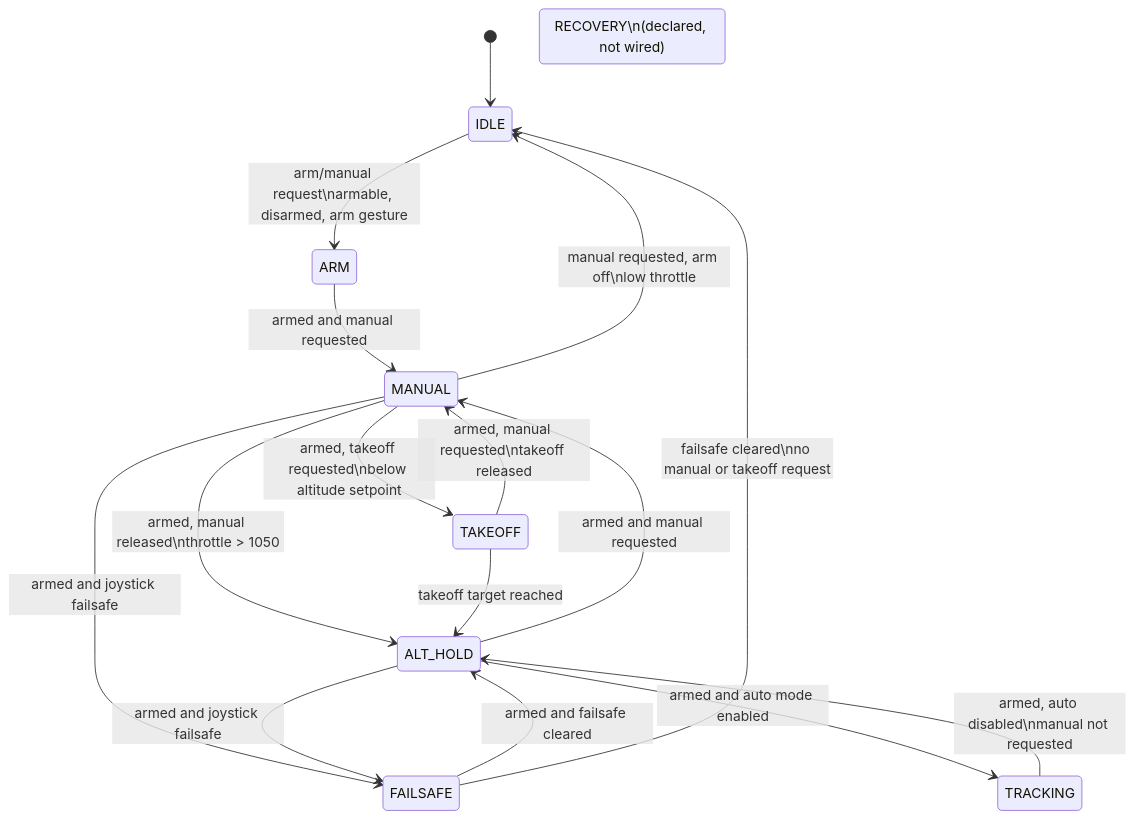
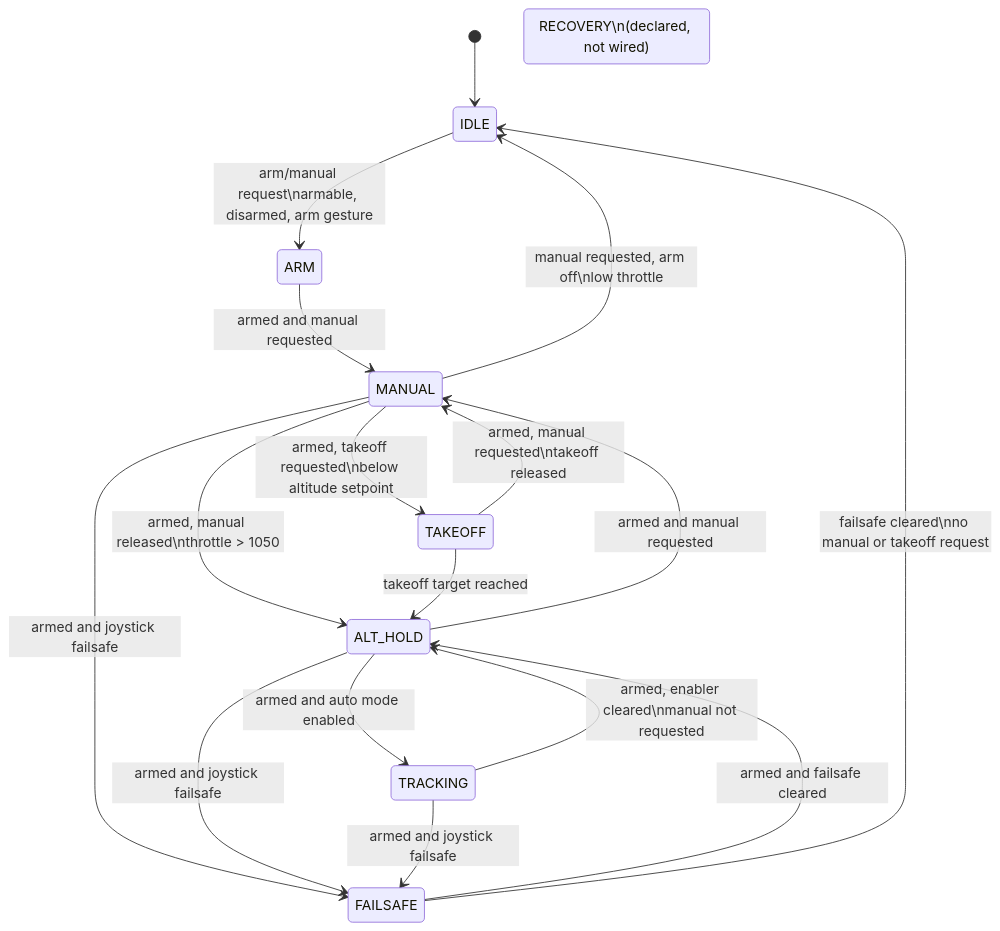
Before and after one commit to mayaboker/bt_ws: the diagram in bt_app/docs/application_state_machine.md, drawn with Mermaid. The commit also changed other lines of this file and 20 other files, not shown here.

````diff
--- a/bt_app/docs/application_state_machine.md
+++ b/bt_app/docs/application_state_machine.md
@@ -61,26 +62,27 @@
 ```mermaid
 stateDiagram-v2
     [*] --> IDLE
 
     IDLE --> ARM: arm/manual request\narmable, disarmed, arm gesture
     ARM --> MANUAL: armed and manual requested
 
     MANUAL --> TAKEOFF: armed, takeoff requested\nbelow altitude setpoint
     MANUAL --> FAILSAFE: armed and joystick failsafe
     MANUAL --> IDLE: manual requested, arm off\nlow throttle
     MANUAL --> ALT_HOLD: armed, manual released\nthrottle > 1050
 
     TAKEOFF --> ALT_HOLD: takeoff target reached
     TAKEOFF --> MANUAL: armed, manual requested\ntakeoff released
 
     ALT_HOLD --> FAILSAFE: armed and joystick failsafe
     ALT_HOLD --> MANUAL: armed and manual requested
     ALT_HOLD --> TRACKING: armed and auto mode enabled
 
-    TRACKING --> ALT_HOLD: armed, auto disabled\nmanual not requested
+    TRACKING --> ALT_HOLD: armed, enabler cleared\nmanual not requested
+    TRACKING --> FAILSAFE: armed and joystick failsafe
 
     FAILSAFE --> ALT_HOLD: armed and failsafe cleared
     FAILSAFE --> IDLE: failsafe cleared\nno manual or takeoff request
 
     state "RECOVERY\n(declared, not wired)" as RECOVERY
 ```
````
